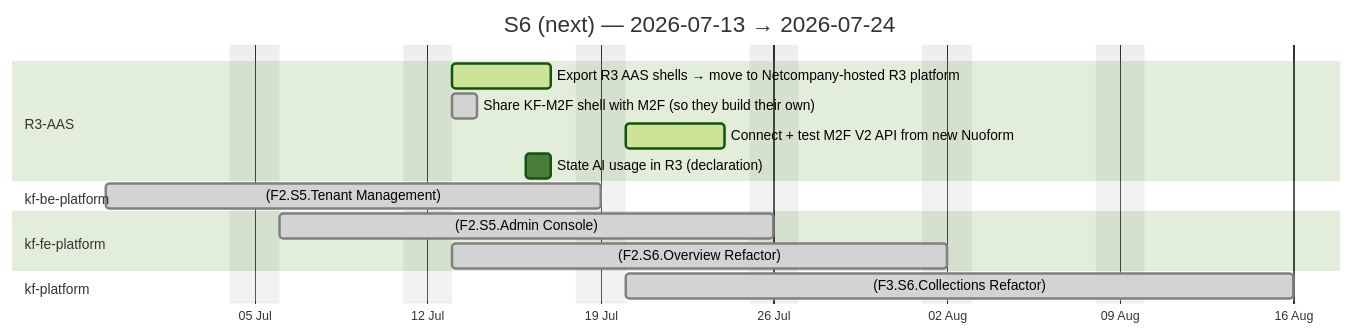
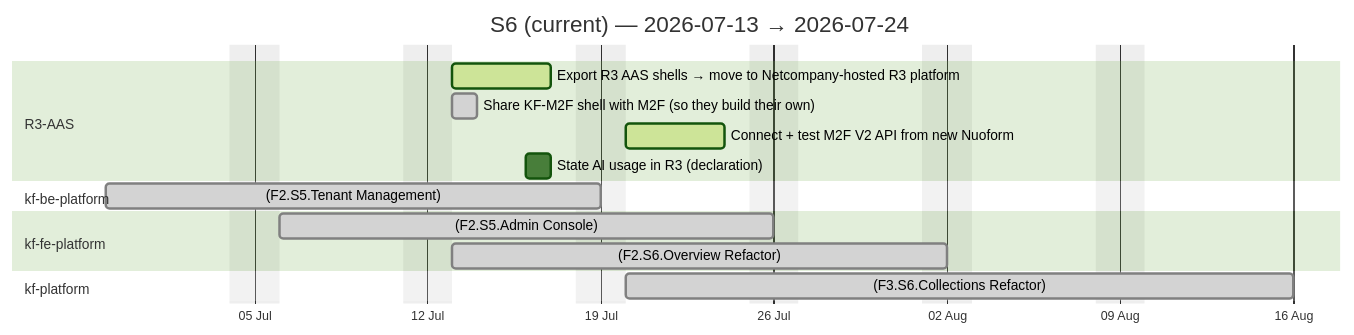
Before and after one commit to Katty-Fashion/kf-cpto: the third of 4 diagrams in docs/agile-sprints.md, drawn with Mermaid (forest theme). The commit also changed other lines of this file and 14 other files, not shown here.

````diff
--- a/docs/agile-sprints.md
+++ b/docs/agile-sprints.md
@@ -101,20 +81,20 @@
 ```mermaid
 gantt
-    title S6 (next) — 2026-07-13 → 2026-07-24
+    title S6 (current) — 2026-07-13 → 2026-07-24
     dateFormat YYYY-MM-DD
     axisFormat %d %b
     excludes weekends
 
     section R3-AAS
     Export R3 AAS shells → move to Netcompany-hosted R3 platform :active, 2026-07-13, 2026-07-17
     Share KF-M2F shell with M2F (so they build their own) :done, 2026-07-13, 2026-07-14
     Connect + test M2F V2 API from new Nuoform :active, 2026-07-20, 2026-07-24
     State AI usage in R3 (declaration) :2026-07-16, 2026-07-17
     section kf-be-platform
     (F2.S5.Tenant Management) :done, 2026-06-29, 2026-07-19
     section kf-fe-platform
     (F2.S5.Admin Console) :done, 2026-07-06, 2026-07-26
     (F2.S6.Overview Refactor) :done, 2026-07-13, 2026-08-02
     section kf-platform
     (F3.S6.Collections Refactor) :done, 2026-07-20, 2026-08-16
 ```
````
